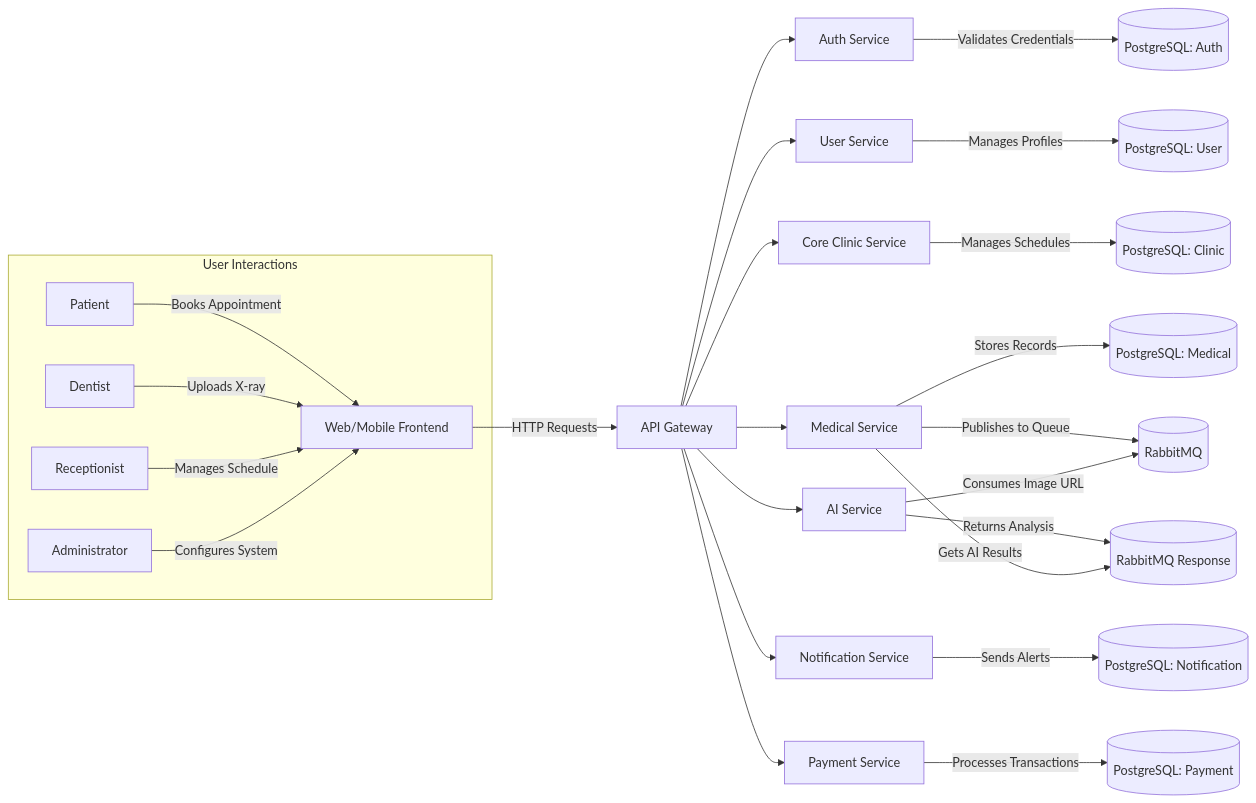
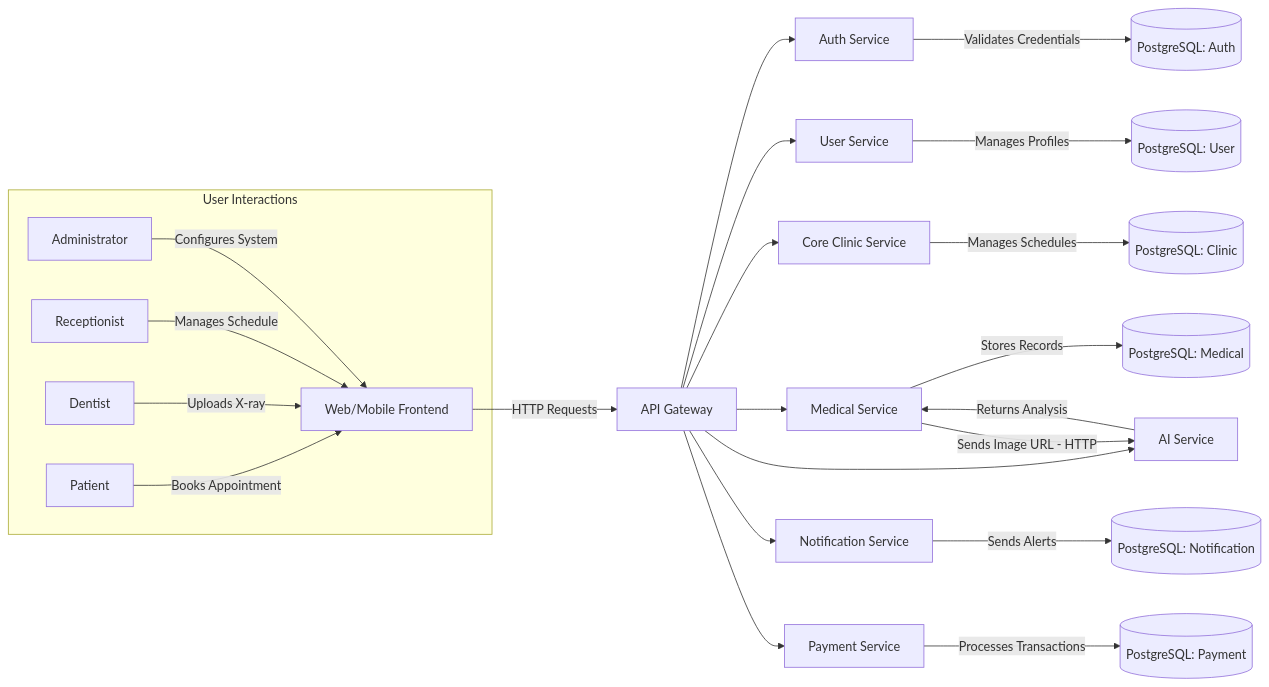
One commit to LTPPPP/Smart-Medical-Intelligent-Ledger-for-E-health-S.M.I.L.E- changed the diagram in docs/PROJECT_WORKFLOW.md. Above: the diagram before and after it, drawn with Mermaid. The commit also changed other lines of this file and 43 other files, not shown here.

Commit message:
doc: update architecture diagram

````diff
--- a/docs/PROJECT_WORKFLOW.md
+++ b/docs/PROJECT_WORKFLOW.md
@@ -10,51 +10,43 @@
 ```mermaid
 flowchart LR
     %% User Interactions
     subgraph UserActions[User Interactions]
         Patient[Patient] -->|Books Appointment| Web[Web/Mobile Frontend]
         Dentist[Dentist] -->|Uploads X-ray| Web
         Receptionist[Receptionist] -->|Manages Schedule| Web
         Admin[Administrator] -->|Configures System| Web
     end
     
     %% Frontend to Gateway
     Web -->|HTTP Requests| Gateway[API Gateway]
     
     %% Gateway Routes to Services
     Gateway --> Auth[Auth Service]
     Gateway --> User[User Service]
     Gateway --> Clinic[Core Clinic Service]
     Gateway --> Medical[Medical Service]
     Gateway --> Notification[Notification Service]
     Gateway --> Payment[Payment Service]
     Gateway --> AI[AI Service]
 
-    %% Infrastructure Nodes
-    RabbitMQ[(RabbitMQ)]
-    RabbitMQ2[(RabbitMQ Response)]
-    
     %% Databases
     UserDB[(PostgreSQL: Auth)]
     UserDB2[(PostgreSQL: User)]
     ClinicDB[(PostgreSQL: Clinic)]
     MedDB[(PostgreSQL: Medical)]
     PaymentDB[(PostgreSQL: Payment)]
     NotificationDB[(PostgreSQL: Notification)]
 
     %% Service Interactions
     Auth -->|Validates Credentials| UserDB
     User -->|Manages Profiles| UserDB2
     Clinic -->|Manages Schedules| ClinicDB
     
     Medical -->|Stores Records| MedDB
-    Medical -->|Publishes to Queue| RabbitMQ
-    
-    AI -->|Consumes Image URL| RabbitMQ
-    AI -->|Returns Analysis| RabbitMQ2
-    
-    Medical -->|Gets AI Results| RabbitMQ2
+    Medical -->|Sends Image URL - HTTP| AI
+    AI -->|Returns Analysis| Medical
     
     Payment -->|Processes Transactions| PaymentDB
     
     Notification -->|Sends Alerts| NotificationDB
 ```
````
